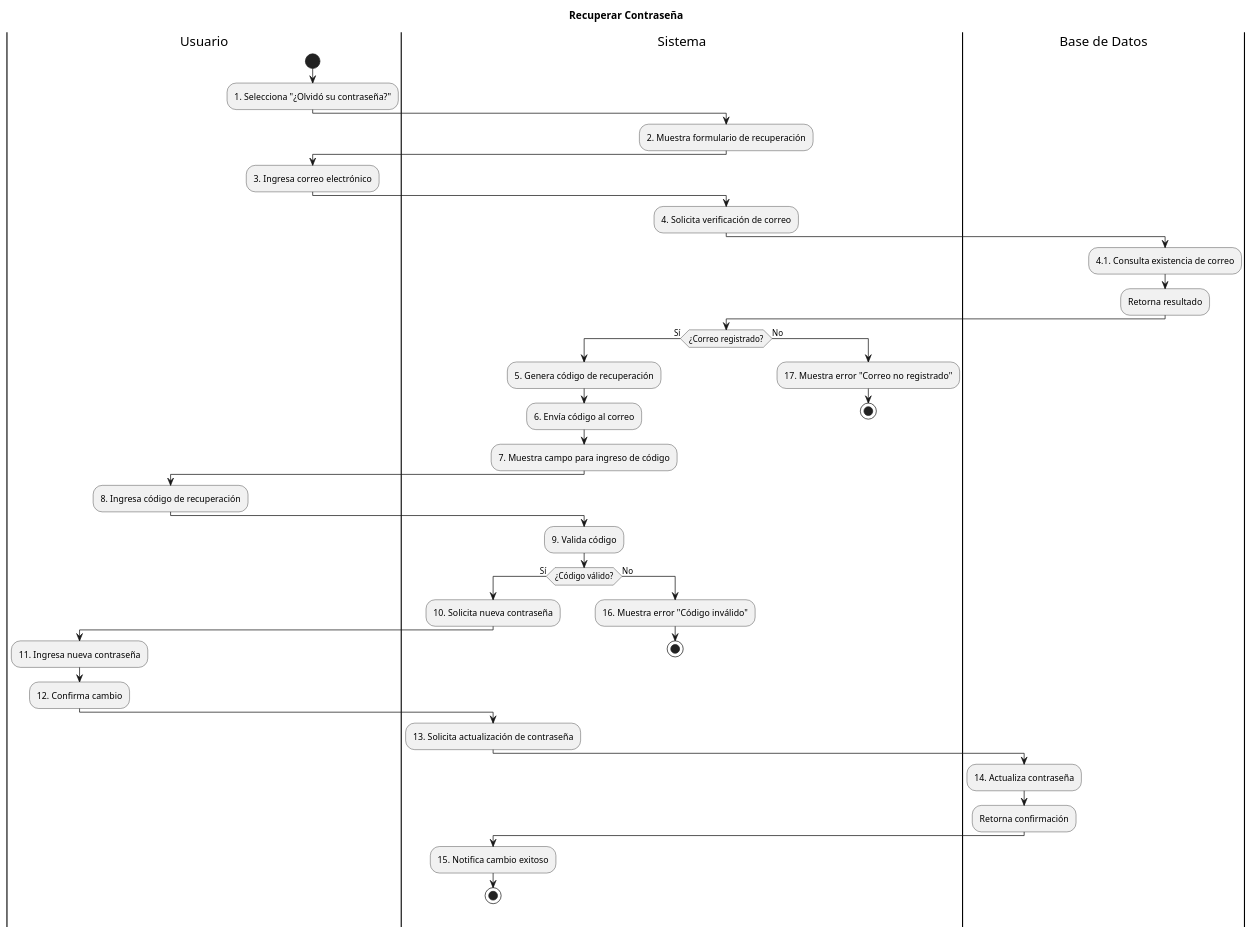
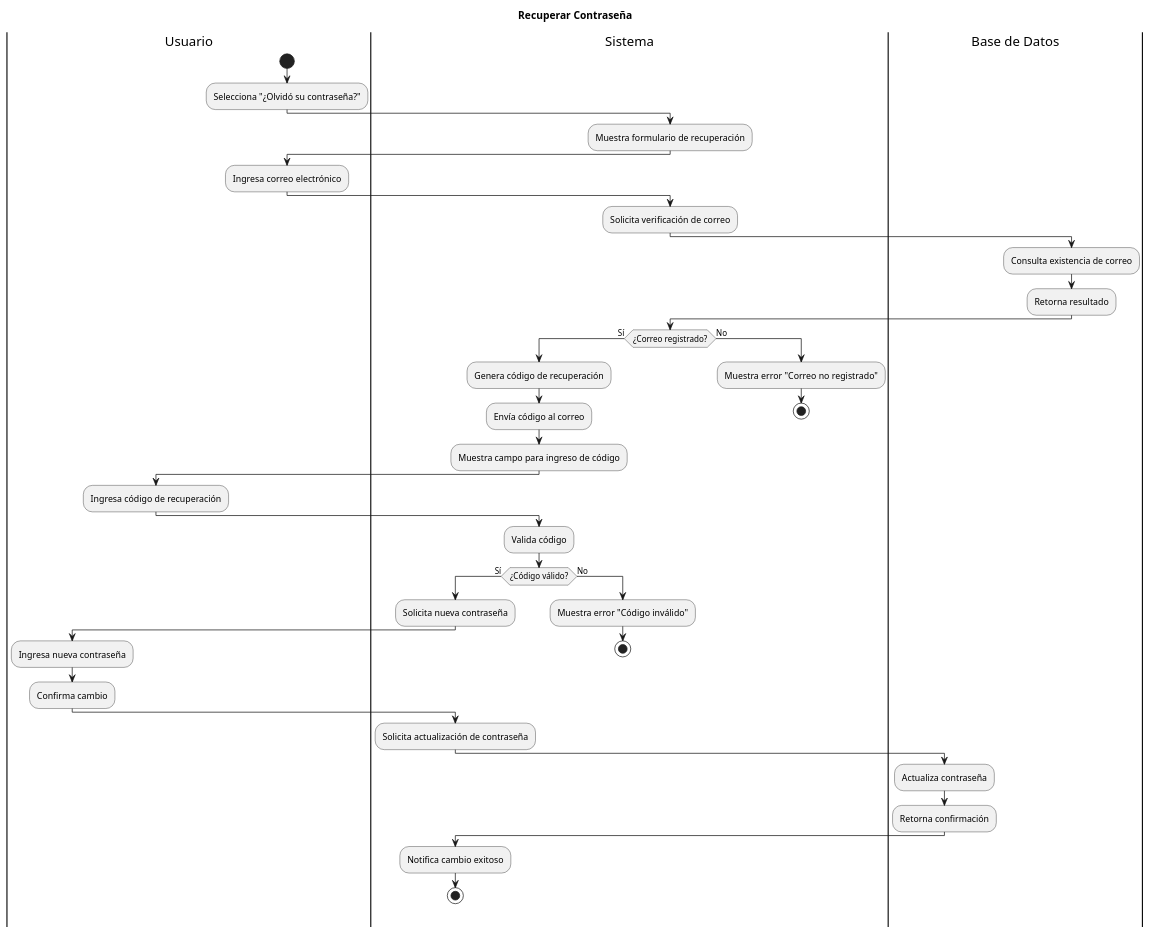
Before and after one commit to LauKnitIn/SISTEMA-GESTOR-DE-RECORRIDOS: the diagram in diagramas_modulo_autenticacion/actividades-modulo-autenticacion/Actividades_Recuperar_contraseña.puml, drawn with PlantUML.

Commit message:
Actualización diagrama Actividades Recuperar_contraseña.puml

```diff
--- a/diagramas_modulo_autenticacion/actividades-modulo-autenticacion/Actividades_Recuperar_contraseña.puml
+++ b/diagramas_modulo_autenticacion/actividades-modulo-autenticacion/Actividades_Recuperar_contraseña.puml
@@ -1,53 +1,53 @@
 @startuml
 title Recuperar Contraseña
 
 |Usuario|
 start
-:1. Selecciona "¿Olvidó su contraseña?";
+:Selecciona "¿Olvidó su contraseña?";
 
 |Sistema|
-:2. Muestra formulario de recuperación;
+:Muestra formulario de recuperación;
 
 |Usuario|
-:3. Ingresa correo electrónico;
+:Ingresa correo electrónico;
 
 |Sistema|
-:4. Solicita verificación de correo;
+:Solicita verificación de correo;
 
 |Base de Datos|
-:4.1. Consulta existencia de correo;
+:Consulta existencia de correo;
 :Retorna resultado;
 
 |Sistema|
 if (¿Correo registrado?) then (Sí)
-  :5. Genera código de recuperación;
-  :6. Envía código al correo;
-  :7. Muestra campo para ingreso de código;
+  :Genera código de recuperación;
+  :Envía código al correo;
+  :Muestra campo para ingreso de código;
   |Usuario|
-  :8. Ingresa código de recuperación;
+  :Ingresa código de recuperación;
   |Sistema|
-  :9. Valida código;
+  :Valida código;
   if (¿Código válido?) then (Sí)
-    :10. Solicita nueva contraseña;
+    :Solicita nueva contraseña;
     |Usuario|
-    :11. Ingresa nueva contraseña;
-    :12. Confirma cambio;
+    :Ingresa nueva contraseña;
+    :Confirma cambio;
     |Sistema|
-    :13. Solicita actualización de contraseña;
+    :Solicita actualización de contraseña;
     |Base de Datos|
-    :14. Actualiza contraseña;
+    :Actualiza contraseña;
     :Retorna confirmación;
     |Sistema|
-    :15. Notifica cambio exitoso;
+    :Notifica cambio exitoso;
     stop
   else (No)
     |Sistema|
-    :16. Muestra error "Código inválido";
+    :Muestra error "Código inválido";
     stop
   endif
 else (No)
   |Sistema|
-  :17. Muestra error "Correo no registrado";
+  :Muestra error "Correo no registrado";
   stop
 endif
 @enduml
```
